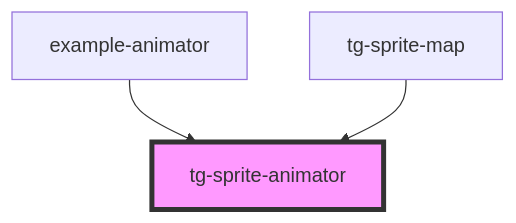
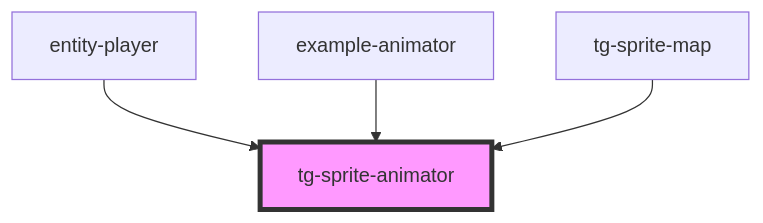
The diagram in src/components/engine/tg-sprite-animator/readme.md (Scan0815/tg-engine), drawn with Mermaid before and after one commit. The commit also changed other lines of this file and 49 other files, not shown here.

````diff
--- a/src/components/engine/tg-sprite-animator/readme.md
+++ b/src/components/engine/tg-sprite-animator/readme.md
@@ -45,6 +46,7 @@
 ```mermaid
 graph TD;
+  entity-player --> tg-sprite-animator
   example-animator --> tg-sprite-animator
   tg-sprite-map --> tg-sprite-animator
   style tg-sprite-animator fill:#f9f,stroke:#333,stroke-width:4px
 ```
````
